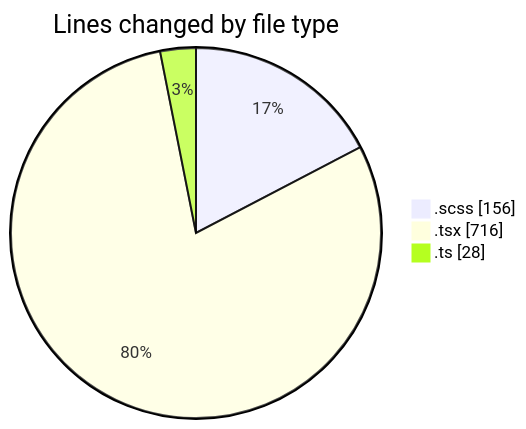
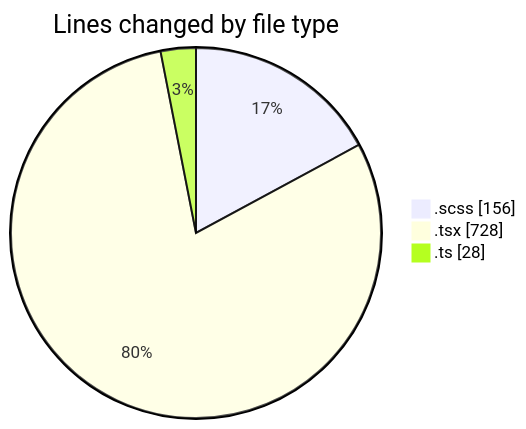
One commit to momahboobian/code-tracking changed the first of 2 diagrams in 2025-02-10/cda/README.md. Above: the diagram before and after it, drawn with Mermaid. The commit also changed other lines of this file and 1 other file, not shown here.

````diff
--- a/2025-02-10/cda/README.md
+++ b/2025-02-10/cda/README.md
@@ -25,7 +25,7 @@
 ```mermaid
 pie showData
 title Lines changed by file type
 ".scss" : 156
-".tsx" : 716
+".tsx" : 728
 ".ts" : 28
 ```
````
